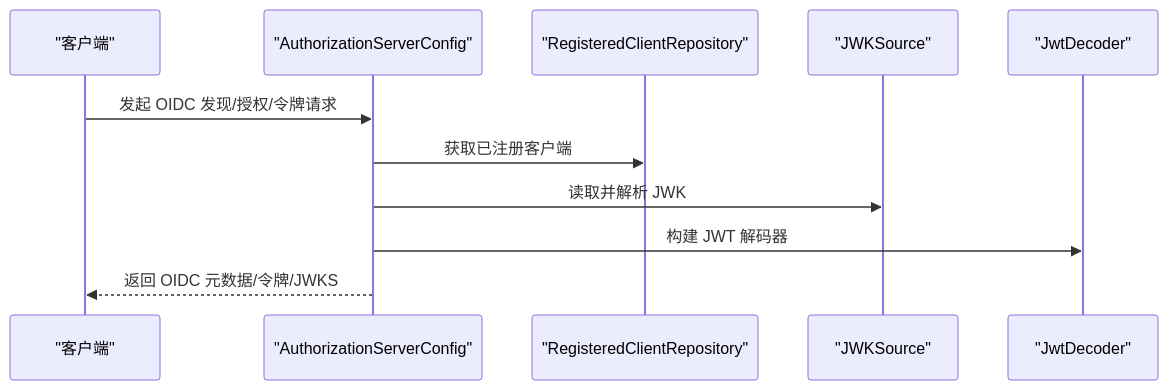
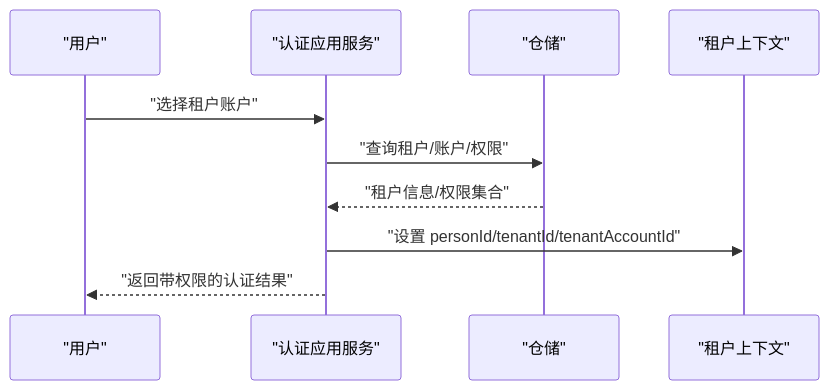
Before and after one commit to fq0121104930716/iam-platform: the seventh of 8 diagrams in .qoder/repowiki/zh/content/项目概述/项目概述.md, drawn with Mermaid. The commit also changed other lines of this file and 222 other files, not shown here.

````diff
--- a/.qoder/repowiki/zh/content/项目概述/项目概述.md
+++ b/.qoder/repowiki/zh/content/项目概述/项目概述.md
@@ -197,13 +297,12 @@
 ```mermaid
 sequenceDiagram
-participant Client as "客户端"
-participant AS as "AuthorizationServerConfig"
-participant Repo as "RegisteredClientRepository"
-participant JWK as "JWKSource"
-participant Dec as "JwtDecoder"
-Client->>AS : 发起 OIDC 发现/授权/令牌请求
-AS->>Repo : 获取已注册客户端
-AS->>JWK : 读取并解析 JWK
-AS->>Dec : 构建 JWT 解码器
-AS-->>Client : 返回 OIDC 元数据/令牌/JWKS
+participant User as "用户"
+participant Auth as "认证应用服务"
+participant Repo as "仓储"
+participant Ctx as "租户上下文"
+User->>Auth : "选择租户账户"
+Auth->>Repo : "查询租户/账户/权限"
+Repo-->>Auth : "租户信息/权限集合"
+Auth->>Ctx : "设置 personId/tenantId/tenantAccountId"
+Auth-->>User : "返回带权限的认证结果"
 ```
````
